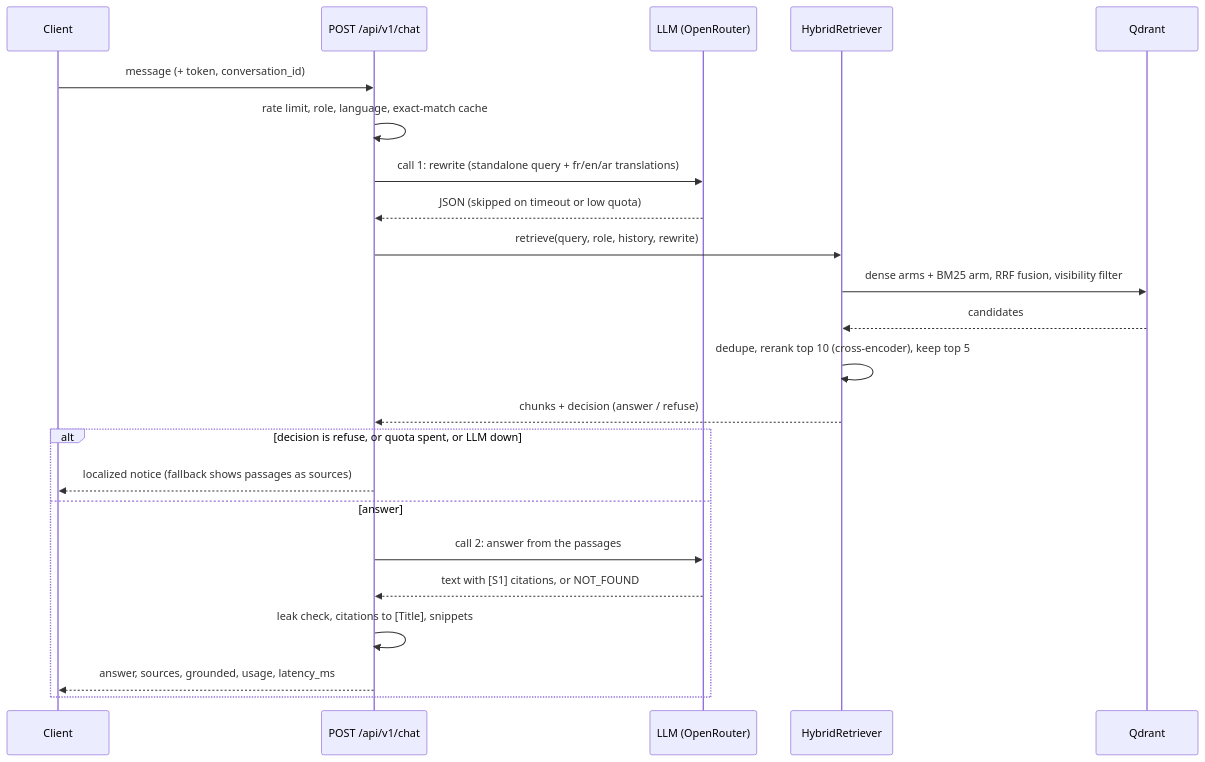
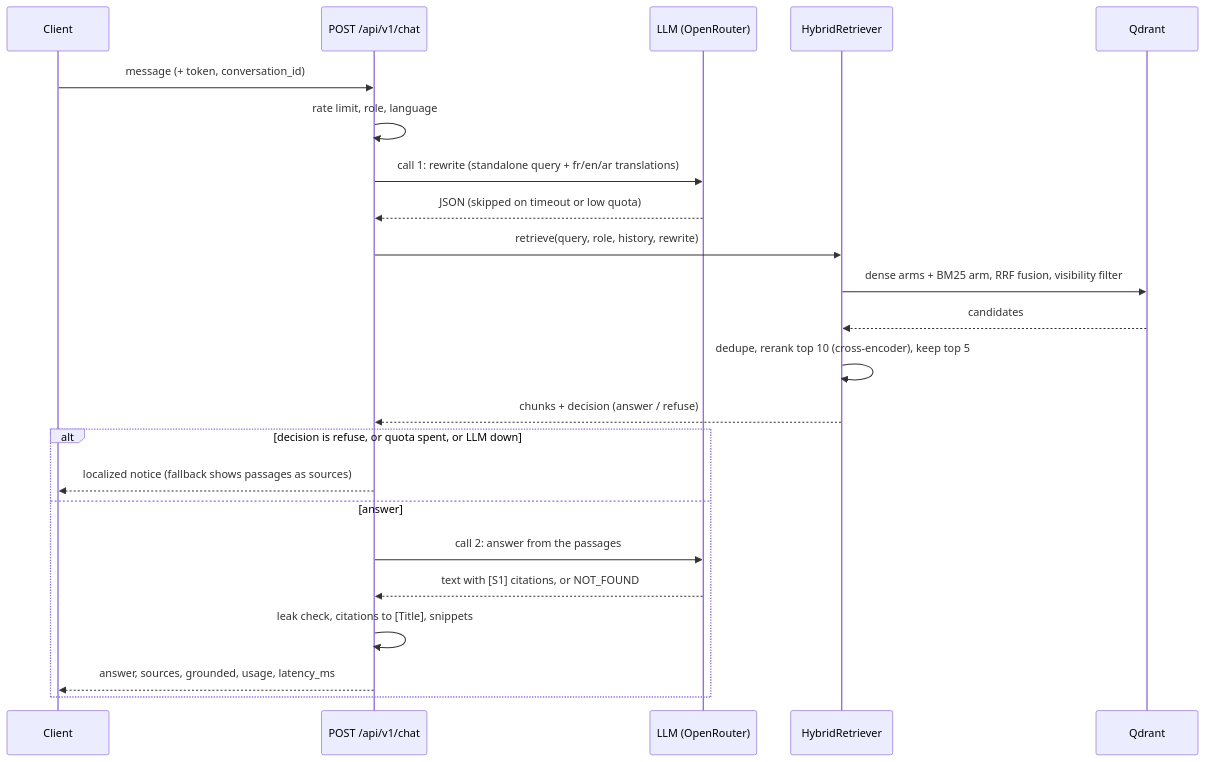
One commit to MicroClub-USTHB/micro-bot changed the fourth of 6 diagrams in README.md. Above: the diagram before and after it, drawn with Mermaid. The commit also changed other lines of this file and 25 other files, not shown here.

````diff
--- a/README.md
+++ b/README.md
@@ -127,26 +127,26 @@
 ```mermaid
 sequenceDiagram
     participant C as Client
     participant A as POST /api/v1/chat
     participant L as LLM (OpenRouter)
     participant R as HybridRetriever
     participant Q as Qdrant
 
     C->>A: message (+ token, conversation_id)
-    A->>A: rate limit, role, language, exact-match cache
+    A->>A: rate limit, role, language
     A->>L: call 1: rewrite (standalone query + fr/en/ar translations)
     L-->>A: JSON (skipped on timeout or low quota)
     A->>R: retrieve(query, role, history, rewrite)
     R->>Q: dense arms + BM25 arm, RRF fusion, visibility filter
     Q-->>R: candidates
     R->>R: dedupe, rerank top 10 (cross-encoder), keep top 5
     R-->>A: chunks + decision (answer / refuse)
     alt decision is refuse, or quota spent, or LLM down
         A-->>C: localized notice (fallback shows passages as sources)
     else answer
         A->>L: call 2: answer from the passages
         L-->>A: text with [S1] citations, or NOT_FOUND
         A->>A: leak check, citations to [Title], snippets
         A-->>C: answer, sources, grounded, usage, latency_ms
     end
 ```
````
